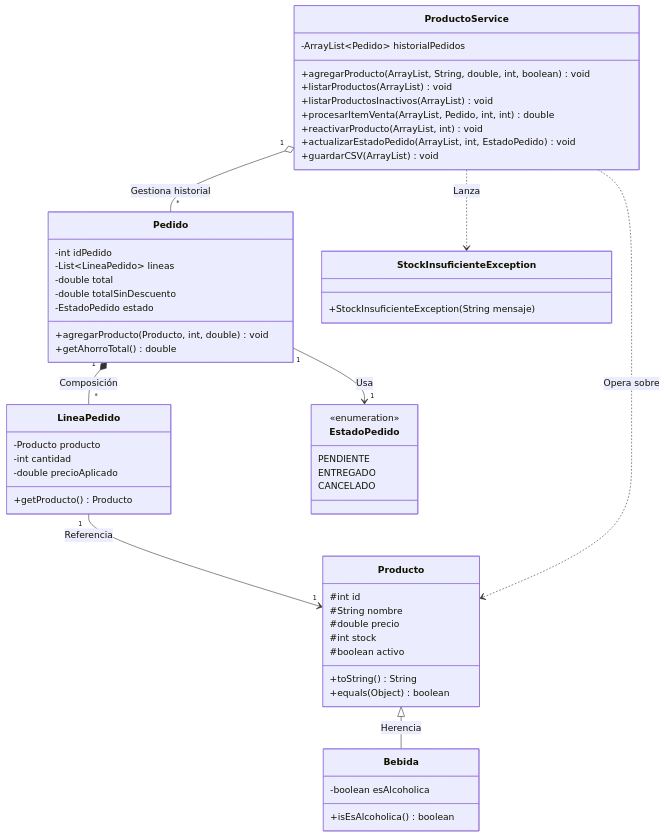
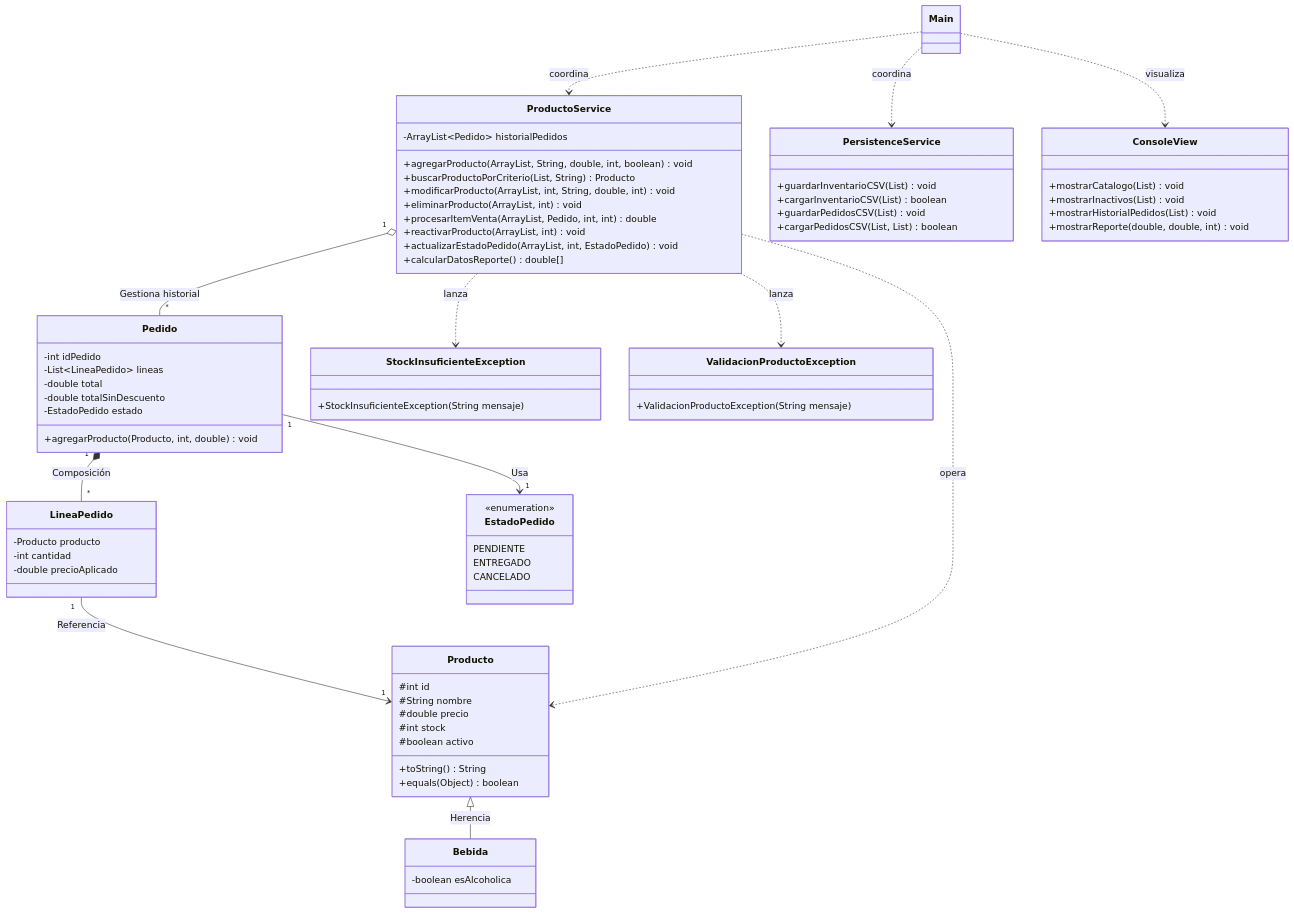
The diagram in README.md (elmoteroloco/Pre-Entrega_JavaBE), drawn with Mermaid before and after one commit. The commit also changed other lines of this file, not shown here.

Commit message:
Docs: actualización del Readme.md

````diff
--- a/README.md
+++ b/README.md
@@ -52,7 +63,6 @@
 
     class Bebida {
         -boolean esAlcoholica
-        +isEsAlcoholica() boolean
     }
 
     class Pedido {
@@ -62,14 +72,12 @@
         -double totalSinDescuento
         -EstadoPedido estado
         +agregarProducto(Producto, int, double) void
-        +getAhorroTotal() double
     }
 
     class LineaPedido {
         -Producto producto
         -int cantidad
         -double precioAplicado
-        +getProducto() Producto
     }
 
     class EstadoPedido {
@@ -82,16 +90,35 @@
     class ProductoService {
         -ArrayList~Pedido~ historialPedidos
         +agregarProducto(ArrayList, String, double, int, boolean) void
-        +listarProductos(ArrayList) void
-        +listarProductosInactivos(ArrayList) void
+        +buscarProductoPorCriterio(List, String) Producto
+        +modificarProducto(ArrayList, int, String, double, int) void
+        +eliminarProducto(ArrayList, int) void
         +procesarItemVenta(ArrayList, Pedido, int, int) double
         +reactivarProducto(ArrayList, int) void
         +actualizarEstadoPedido(ArrayList, int, EstadoPedido) void
-        +guardarCSV(ArrayList) void
+        +calcularDatosReporte() double[]
+    }
+
+    class PersistenceService {
+        +guardarInventarioCSV(List) void
+        +cargarInventarioCSV(List) boolean
+        +guardarPedidosCSV(List) void
+        +cargarPedidosCSV(List, List) boolean
+    }
+
+    class ConsoleView {
+        +mostrarCatalogo(List) void
+        +mostrarInactivos(List) void
+        +mostrarHistorialPedidos(List) void
+        +mostrarReporte(double, double, int) void
     }
 
     class StockInsuficienteException {
         +StockInsuficienteException(String mensaje)
+    }
+
+    class ValidacionProductoException {
+        +ValidacionProductoException(String mensaje)
     }
 
     Producto <|-- Bebida : Herencia
@@ -99,6 +126,10 @@
     LineaPedido "1" --> "1" Producto : Referencia
     Pedido "1" --> "1" EstadoPedido : Usa
     ProductoService "1" o-- "*" Pedido : Gestiona historial
-    ProductoService ..> Producto : Opera sobre
-    ProductoService ..> StockInsuficienteException : Lanza
+    ProductoService ..> Producto : opera
+    ProductoService ..> StockInsuficienteException : lanza
+    ProductoService ..> ValidacionProductoException : lanza
+    Main ..> ProductoService : coordina
+    Main ..> PersistenceService : coordina
+    Main ..> ConsoleView : visualiza
 ```
````
